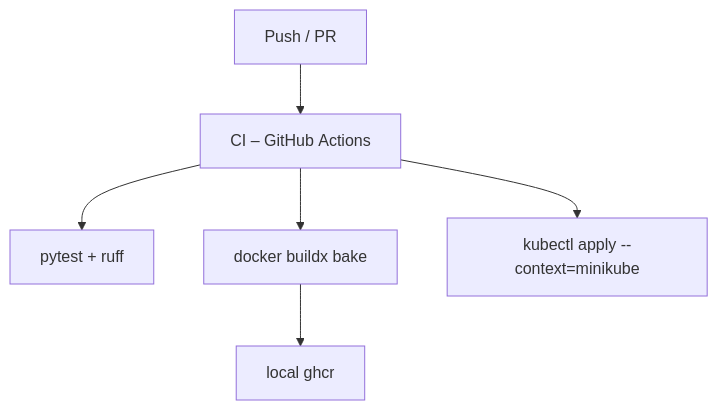
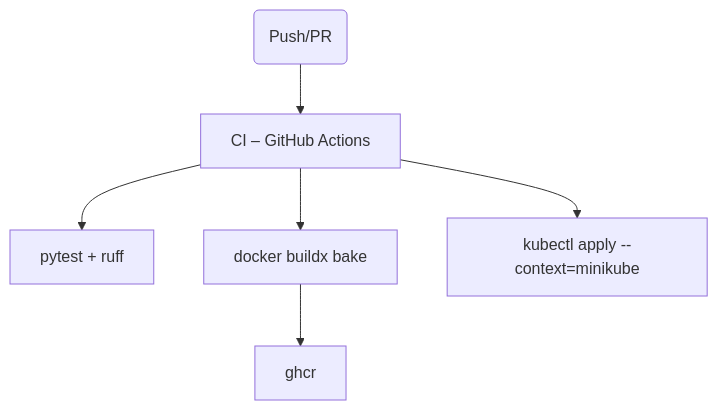
The second of 2 diagrams in docs/architecture.md (sodat1de/quickkart), drawn with Mermaid before and after one commit. The commit also changed other lines of this file, not shown here.

````diff
--- a/docs/architecture.md
+++ b/docs/architecture.md
@@ -146,7 +144,7 @@
 ```mermaid
 graph TD
-  commit["Push / PR"] --> ci["CI – GitHub Actions"]
+  commit("Push/PR") --> ci[CI – GitHub Actions]
   ci --> test[pytest + ruff]
-  ci --> build[docker buildx bake] --> registry[local ghcr]
+  ci --> build[docker buildx bake] --> registry[ghcr]
   ci --> deploy[kubectl apply --context=minikube]
 ```
````
